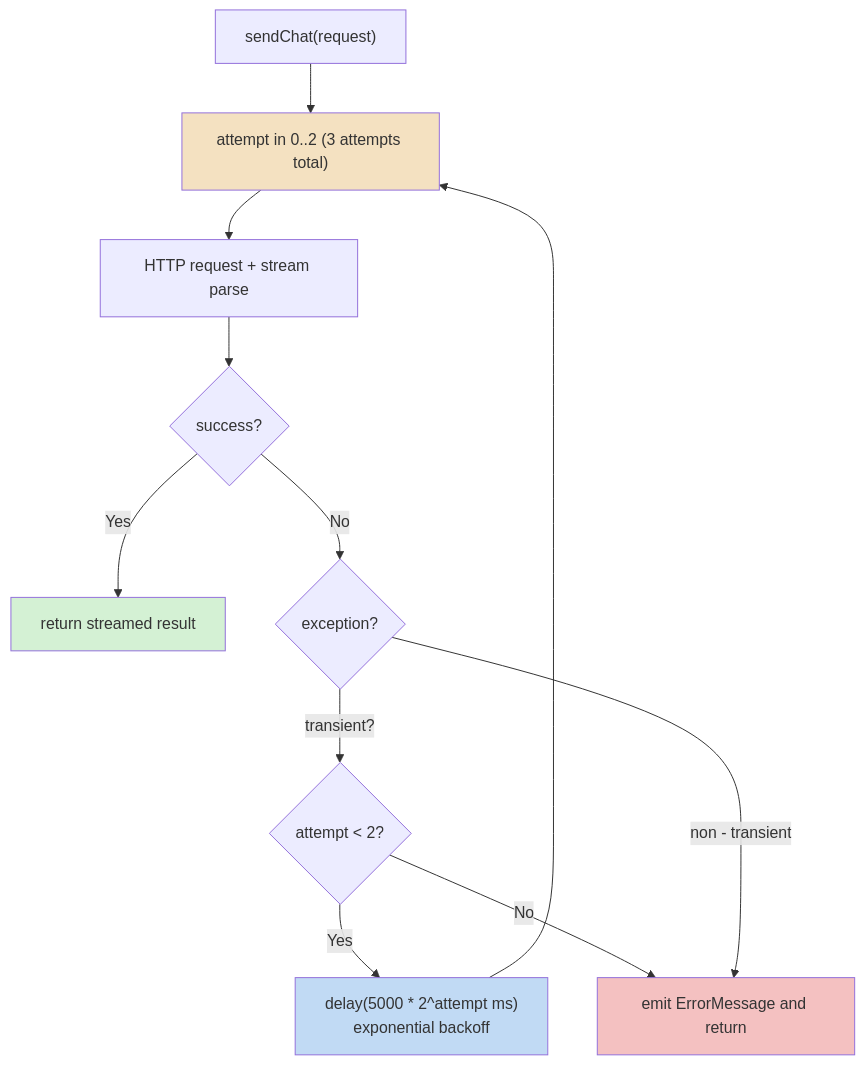
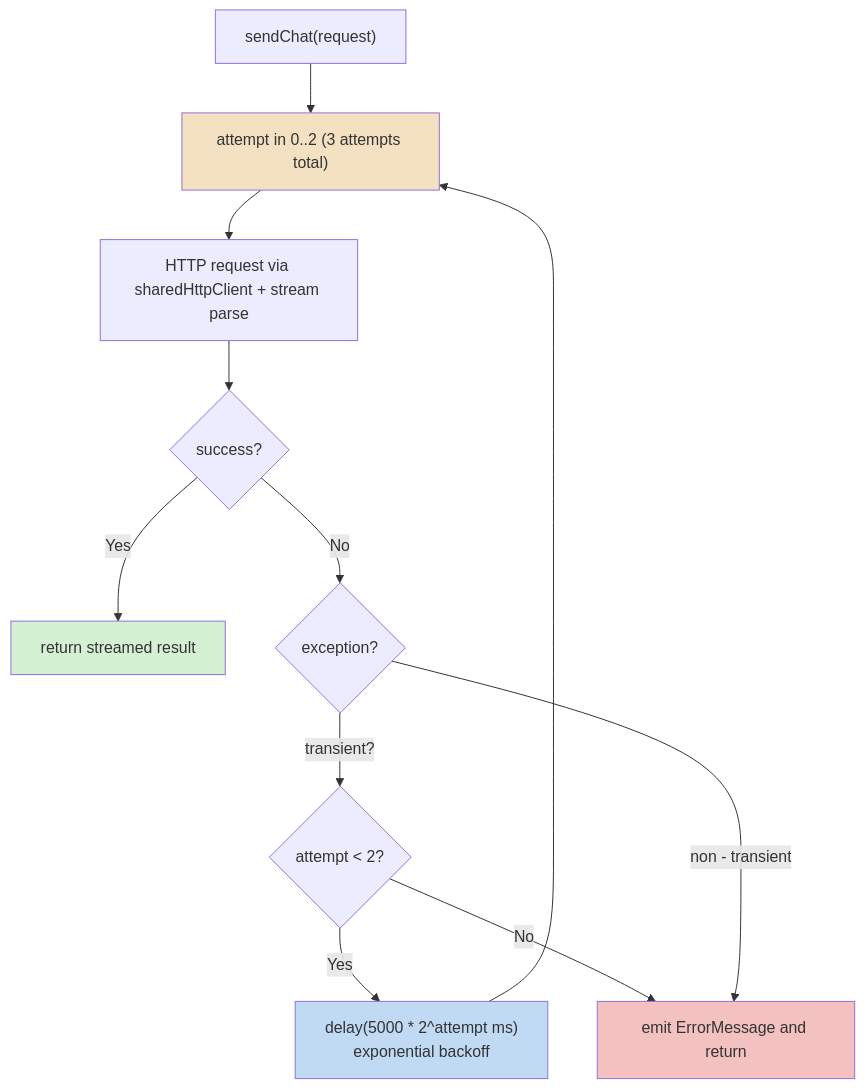
One commit to lg841226/Gradum changed diagram 15 of 29 in docs/ARCHITECTURE.md. Above: the diagram before and after it, drawn with Mermaid. The commit also changed other lines of this file and 5 other files, not shown here.

Commit message:
docs: sync ARCHITECTURE.md with framework refactor and polish skill/plugin code

````diff
--- a/docs/ARCHITECTURE.md
+++ b/docs/ARCHITECTURE.md
@@ -937,17 +1077,17 @@
 ```mermaid
 flowchart TD
     START["sendChat(request)"] --> LOOP["attempt in 0..2 (3 attempts total)"]
-    LOOP --> TRY["HTTP request + stream parse"]
+    LOOP --> TRY["HTTP request via sharedHttpClient + stream parse"]
     TRY --> SUCCESS{success?}
     SUCCESS -->|Yes| DONE["return streamed result"]
     SUCCESS -->|No| EXCEPTION{exception?}
-    EXCEPTION -->|transient?| TRANSIENT{attempt < 2?}
+    EXCEPTION -->|transient?| TRANSIENT{"attempt < 2?"}
     TRANSIENT -->|Yes| BACKOFF["delay(5000 * 2^attempt ms)<br/>exponential backoff"]
     BACKOFF --> LOOP
     TRANSIENT -->|No| EMIT_ERR["emit ErrorMessage and return"]
     EXCEPTION -->|non - transient| EMIT_ERR
     style LOOP fill: #f4e1c1
     style BACKOFF fill: #c1daf4
     style DONE fill: #d4f1d4
     style EMIT_ERR fill: #f4c1c1
 ```
````
